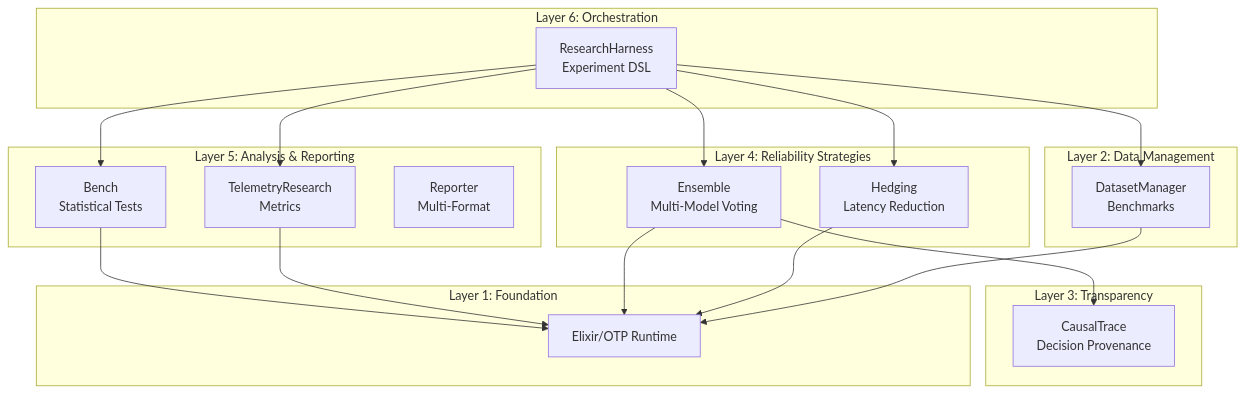
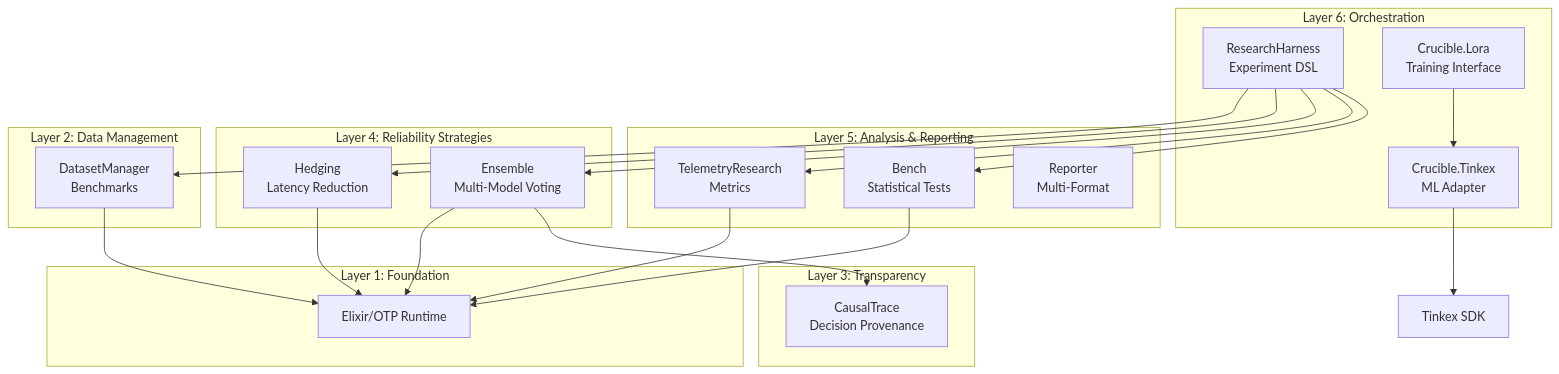
One commit to North-Shore-AI/crucible_framework changed the diagram in README.md. Above: the diagram before and after it, drawn with Mermaid. The commit also changed other lines of this file and 19 other files, not shown here.

````diff
--- a/README.md
+++ b/README.md
@@ -128,41 +117,45 @@
 ```mermaid
 graph TB
     subgraph "Layer 6: Orchestration"
         RH[ResearchHarness<br/>Experiment DSL]
+        LORA[Crucible.Lora<br/>Training Interface]
+        TX[Crucible.Tinkex<br/>ML Adapter]
     end
 
     subgraph "Layer 5: Analysis & Reporting"
         BENCH[Bench<br/>Statistical Tests]
         TEL[TelemetryResearch<br/>Metrics]
         REP[Reporter<br/>Multi-Format]
     end
 
     subgraph "Layer 4: Reliability Strategies"
         ENS[Ensemble<br/>Multi-Model Voting]
         HEDGE[Hedging<br/>Latency Reduction]
     end
 
     subgraph "Layer 3: Transparency"
         CT[CausalTrace<br/>Decision Provenance]
     end
 
     subgraph "Layer 2: Data Management"
         DS[DatasetManager<br/>Benchmarks]
     end
 
     subgraph "Layer 1: Foundation"
         OTP[Elixir/OTP Runtime]
     end
 
     RH --> BENCH
     RH --> TEL
     RH --> ENS
     RH --> HEDGE
     RH --> DS
+    LORA --> TX
+    TX --> TINKEX[Tinkex SDK]
     ENS --> CT
     BENCH --> OTP
     TEL --> OTP
     ENS --> OTP
     HEDGE --> OTP
     DS --> OTP
 ```
````
